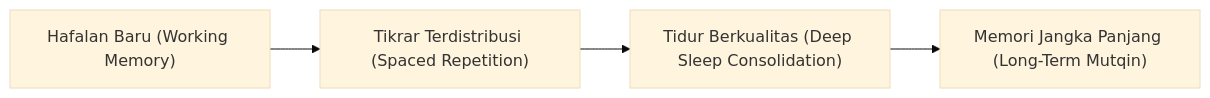
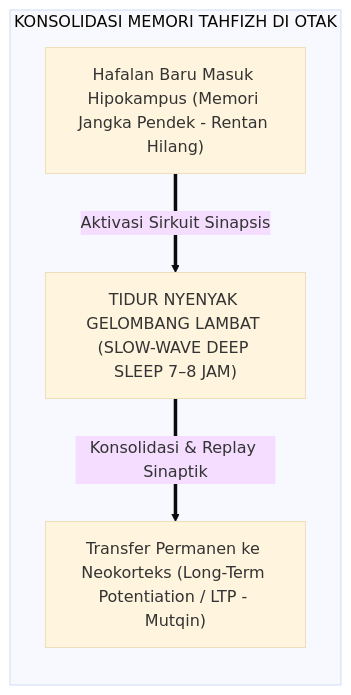
One commit to wandiapriliyandi/tumbuh changed the third of 7 diagrams in 02 Principles/03 Learning Principles/P2-03-02-Prinsip-Retensi-Memori-dan-Hafalan-Mutqin.md. Above: the diagram before and after it, drawn with Mermaid (base theme). The commit also changed other lines of this file and 42 other files, not shown here.

````diff
--- a/02 Principles/03 Learning Principles/P2-03-02-Prinsip-Retensi-Memori-dan-Hafalan-Mutqin.md
+++ b/02 Principles/03 Learning Principles/P2-03-02-Prinsip-Retensi-Memori-dan-Hafalan-Mutqin.md
@@ -12,6 +107,13 @@
 ```mermaid
 graph LR
-    Hafalan["Hafalan Baru (Working Memory)"] --> Tikrar["Tikrar Terdistribusi (Spaced Repetition)"]
-    Tikrar --> Sleep["Tidur Berkualitas (Deep Sleep Consolidation)"]
-    Sleep --> Mutqin["Memori Jangka Panjang (Long-Term Mutqin)"]
+    subgraph SirkuitKonsolidasiNeurosains["KONSOLIDASI MEMORI TAHFIZH DI OTAK"]
+        InputAyat["Hafalan Baru Masuk Hipokampus (Memori Jangka Pendek - Rentan Hilang)"]
+        
+        SleepTidur["TIDUR NYENYAK GELOMBANG LAMBAT (SLOW-WAVE DEEP SLEEP 7–8 JAM)"]
+        
+        Neokorteks["Transfer Permanen ke Neokorteks (Long-Term Potentiation / LTP - Mutqin)"]
+        
+        InputAyat ==>|Aktivasi Sirkuit Sinapsis| SleepTidur
+        SleepTidur ==>|Konsolidasi & Replay Sinaptik| Neokorteks
+    end
 ```
````
